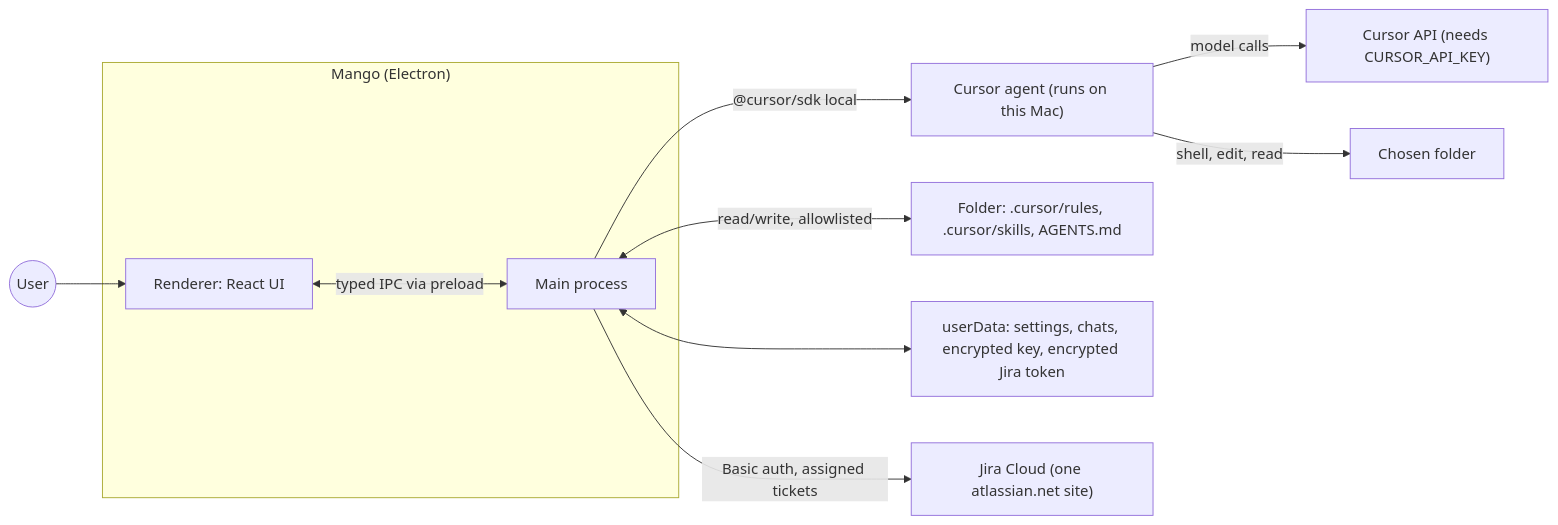
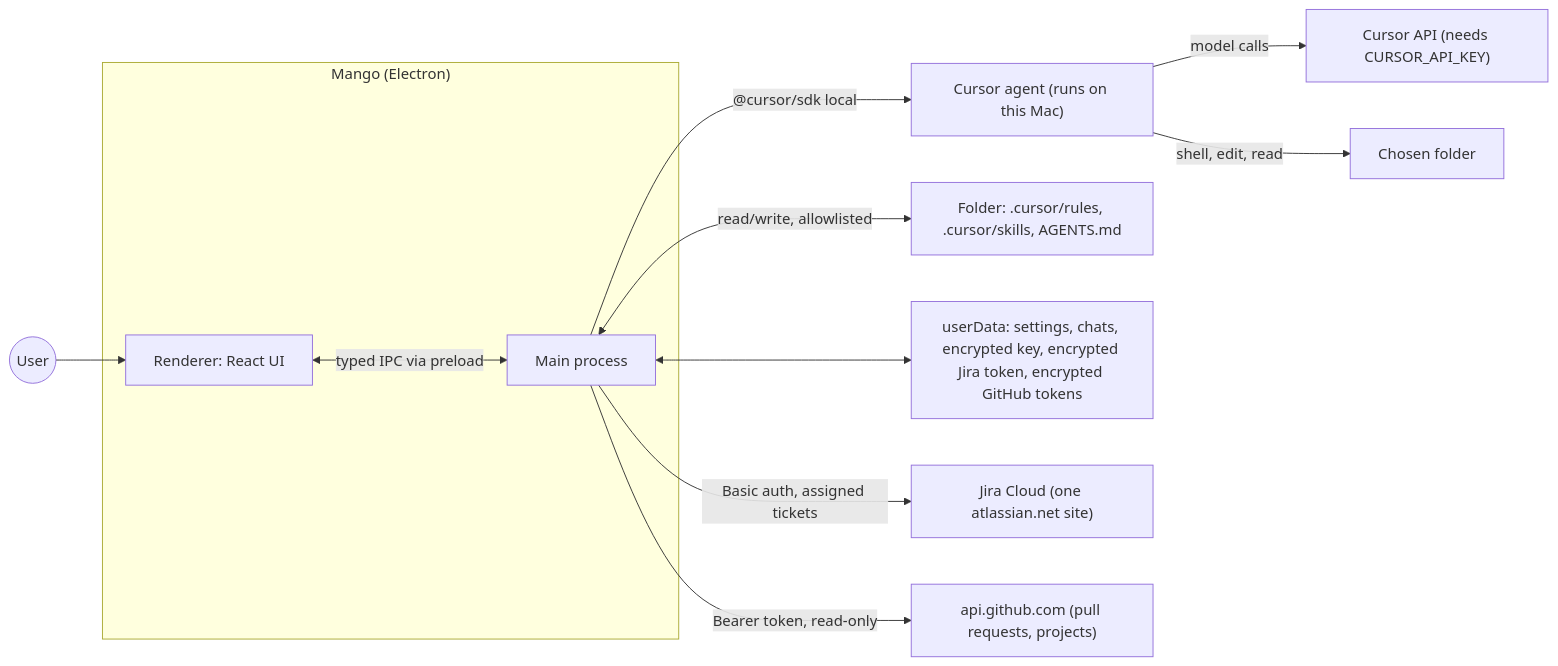
The first of 2 diagrams in docs/architecture.md (valentin-barakov/flowFE), drawn with Mermaid before and after one commit. The commit also changed other lines of this file and 25 other files, not shown here.

First line of the commit message:
Add GitHub integration with optional tokens and update documentation.

````diff
--- a/docs/architecture.md
+++ b/docs/architecture.md
@@ -7,13 +7,14 @@
 ```mermaid
 flowchart LR
     User((User)) --> UI
     subgraph App["Mango (Electron)"]
         UI["Renderer: React UI"] <-->|"typed IPC via preload"| Main["Main process"]
     end
     Main -->|"@cursor/sdk local"| Agent["Cursor agent (runs on this Mac)"]
     Main <-->|"read/write, allowlisted"| Files["Folder: .cursor/rules, .cursor/skills, AGENTS.md"]
-    Main <--> UserData["userData: settings, chats, encrypted key, encrypted Jira token"]
+    Main <--> UserData["userData: settings, chats, encrypted key, encrypted Jira token, encrypted GitHub tokens"]
     Main -->|"Basic auth, assigned tickets"| Jira["Jira Cloud (one atlassian.net site)"]
+    Main -->|"Bearer token, read-only"| GitHub["api.github.com (pull requests, projects)"]
     Agent -->|"model calls"| Cursor["Cursor API (needs CURSOR_API_KEY)"]
     Agent -->|"shell, edit, read"| Folder["Chosen folder"]
 ```
````
